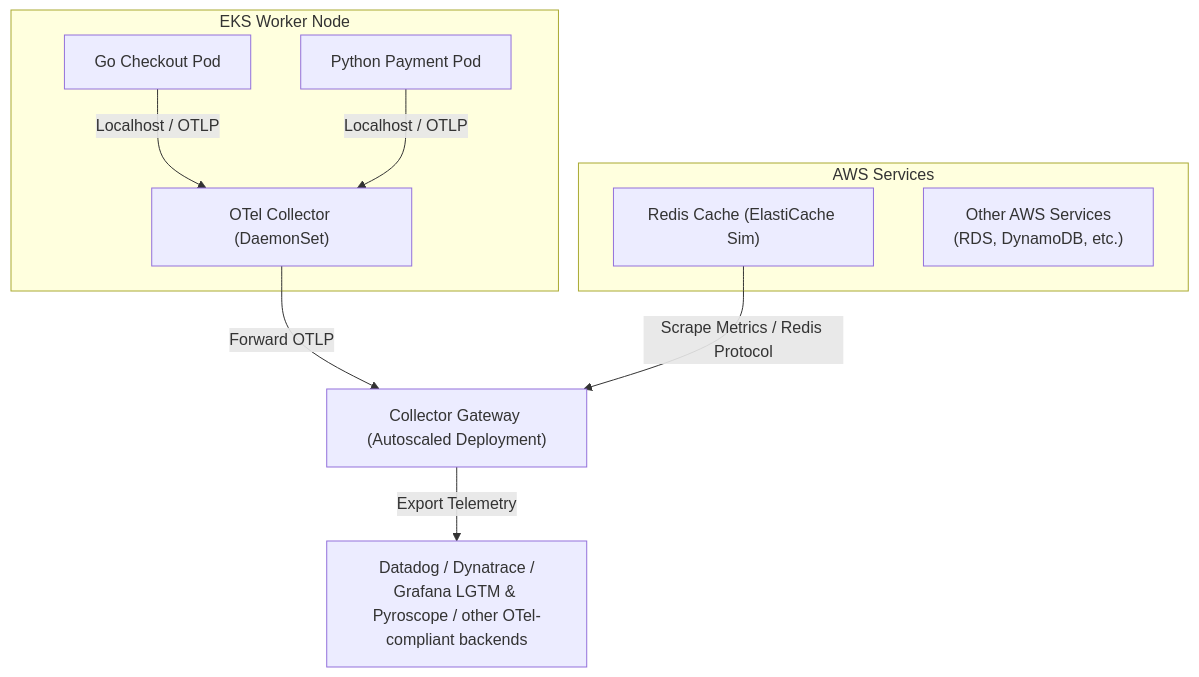
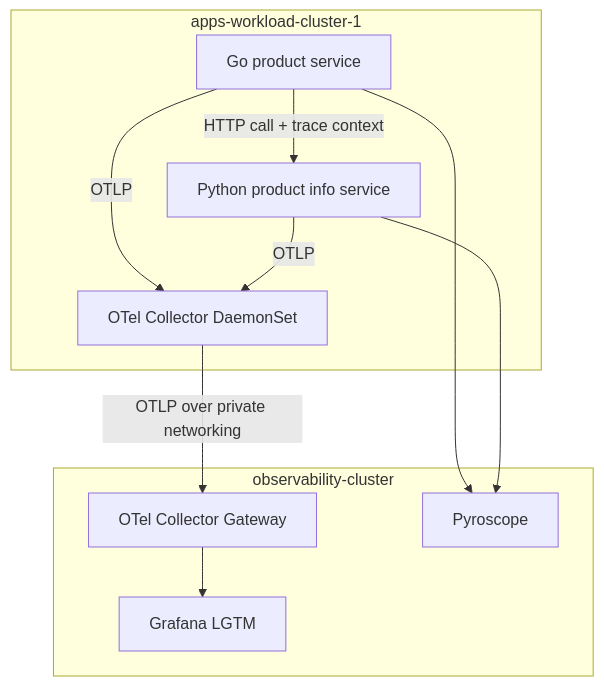
One commit to ok-karthik/eks-otel-observability-sandbox changed the diagram in README.md. Above: the diagram before and after it, drawn with Mermaid. The commit also changed other lines of this file and 42 other files, not shown here.

````diff
--- a/README.md
+++ b/README.md
@@ -17,16 +15,19 @@
 ```mermaid
 graph TD
-    subgraph EKSNode["EKS Worker Node"]
-        GoPod["Go Checkout Pod"] -->|Localhost / OTLP| NodeAgent["OTel Collector (DaemonSet)"]
-        PyPod["Python Payment Pod"] -->|Localhost / OTLP| NodeAgent
+    subgraph Apps["apps-workload-cluster-1"]
+        Go["Go product service"] -->|HTTP call + trace context| Py["Python product info service"]
+        Go -->|OTLP| Agent["OTel Collector DaemonSet"]
+        Py -->|OTLP| Agent
     end
 
-    subgraph AWSServices["AWS Services"]
-        RedisPod["Redis Cache (ElastiCache Sim)"]
-        OtherServices["Other AWS Services<br/>(RDS, DynamoDB, etc.)"]
+    subgraph Obs["observability-cluster"]
+        Gateway["OTel Collector Gateway"]
+        LGTM["Grafana LGTM"]
+        Pyro["Pyroscope"]
     end
-    
-    NodeAgent -->|Forward OTLP| CollectorGateway["Collector Gateway (Autoscaled Deployment)"]
-    RedisPod -->|Scrape Metrics / Redis Protocol| CollectorGateway
-    CollectorGateway -->|Export Telemetry| Backends["Datadog / Dynatrace /<br/>Grafana LGTM & Pyroscope / other OTel-compliant backends"]
+
+    Agent -->|OTLP over private networking| Gateway
+    Gateway --> LGTM
+    Go --> Pyro
+    Py --> Pyro
 ```
````
